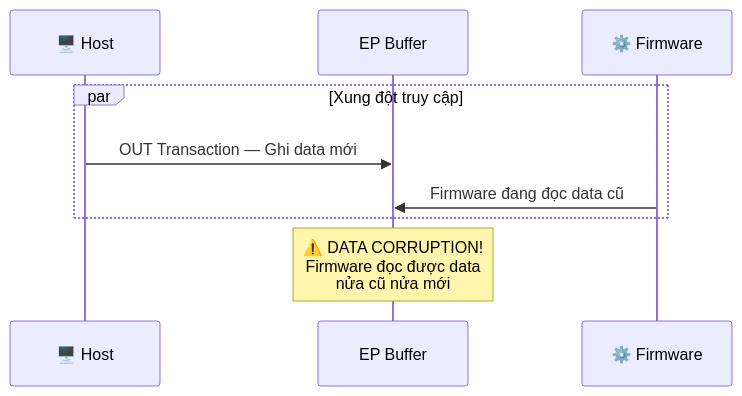
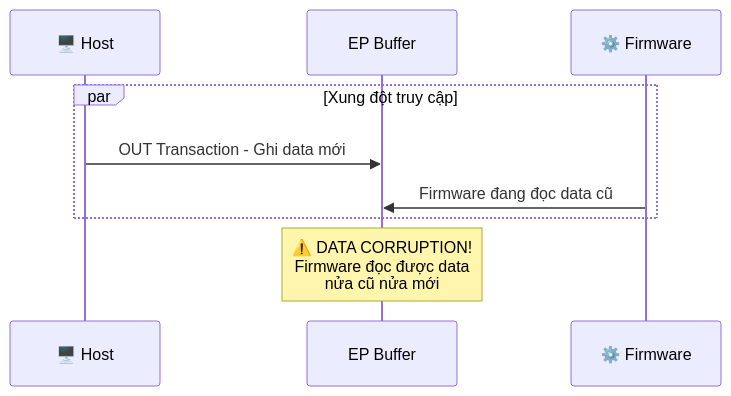
One commit to Leminuos/tutorials changed the third of 3 diagrams in Embedded/6. USB/4. endpoint/README.md. Above: the diagram before and after it, drawn with Mermaid. The commit also changed other lines of this file and 51 other files, not shown here.

````diff
--- a/Embedded/6. USB/4. endpoint/README.md
+++ b/Embedded/6. USB/4. endpoint/README.md
@@ -153,12 +153,12 @@
 ```mermaid
 sequenceDiagram
     participant H as 🖥️ Host
     participant EP as EP Buffer
     participant FW as ⚙️ Firmware
 
     par Xung đột truy cập
-        H->>EP: OUT Transaction — Ghi data mới
+        H->>EP: OUT Transaction - Ghi data mới
         FW->>EP: Firmware đang đọc data cũ
     end
     Note over EP: ⚠️ DATA CORRUPTION!<br/>Firmware đọc được data<br/>nửa cũ nửa mới
 ```
````
